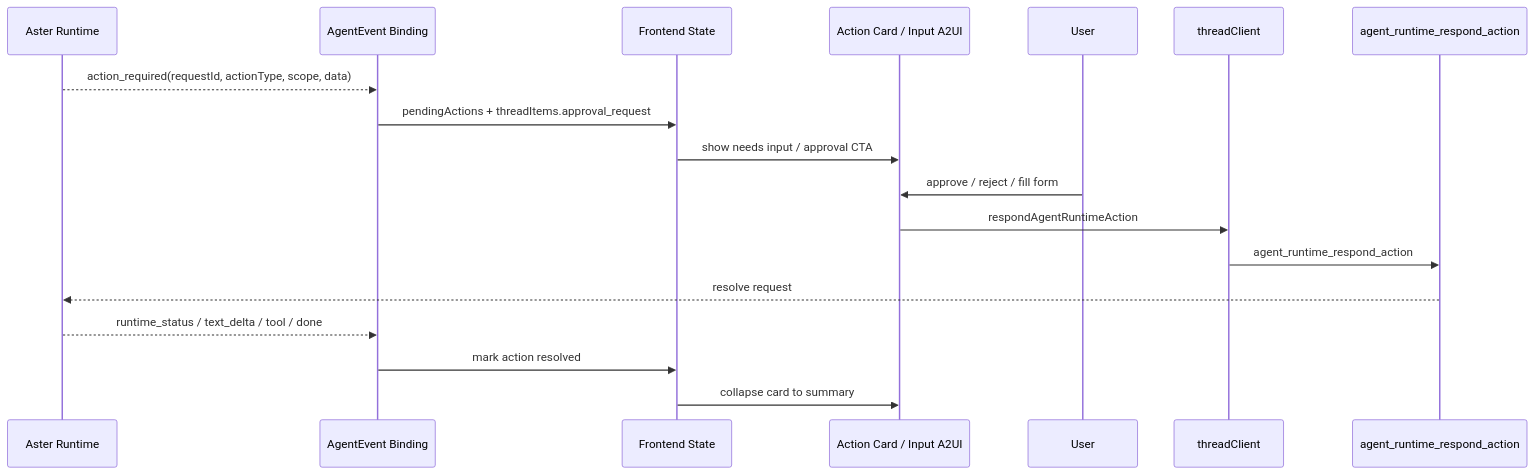
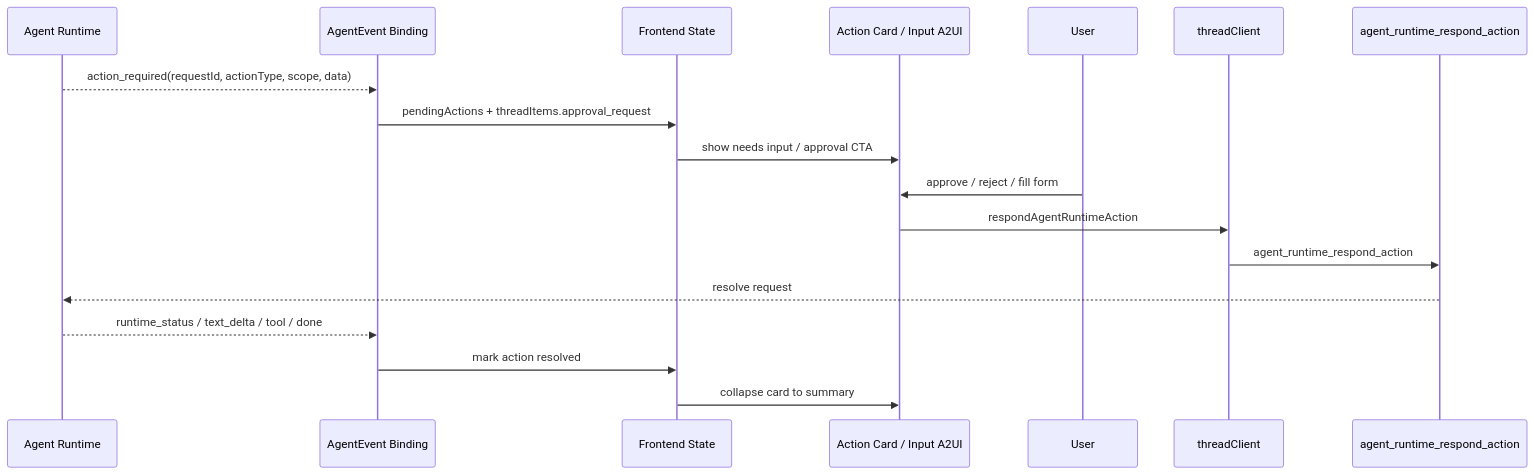
One commit to jiujuan/lime changed the fifth of 8 diagrams in internal/roadmap/agentui/lime-agentui-sequence-diagrams.md. Above: the diagram before and after it, drawn with Mermaid. The commit also changed other lines of this file and 975 other files, not shown here.

````diff
--- a/internal/roadmap/agentui/lime-agentui-sequence-diagrams.md
+++ b/internal/roadmap/agentui/lime-agentui-sequence-diagrams.md
@@ -167,21 +167,21 @@
 ```mermaid
 sequenceDiagram
-  participant RT as Aster Runtime
+  participant RT as Agent Runtime
   participant Bind as AgentEvent Binding
   participant State as Frontend State
   participant UI as Action Card / Input A2UI
   participant User as User
   participant API as threadClient
   participant Cmd as agent_runtime_respond_action
 
   RT-->>Bind: action_required(requestId, actionType, scope, data)
   Bind->>State: pendingActions + threadItems.approval_request
   State->>UI: show needs input / approval CTA
   User->>UI: approve / reject / fill form
   UI->>API: respondAgentRuntimeAction
   API->>Cmd: agent_runtime_respond_action
   Cmd-->>RT: resolve request
   RT-->>Bind: runtime_status / text_delta / tool / done
   Bind->>State: mark action resolved
   State->>UI: collapse card to summary
 ```
````
